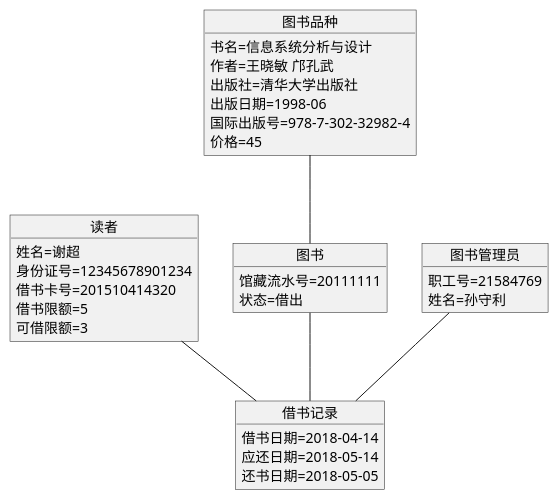
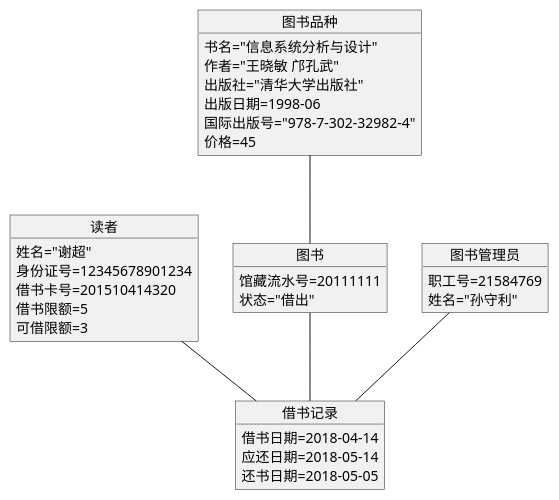
The diagram in test3/object1.puml (Neddy1995/is_analysis), drawn with PlantUML before and after one commit. The commit also changed 6 other files, not shown here.

```diff
--- a/test3/object1.puml
+++ b/test3/object1.puml
@@ -1,34 +1,34 @@
 @startuml
 object 读者 {
-    姓名=谢超
+    姓名="谢超"
     身份证号=12345678901234
     借书卡号=201510414320
     借书限额=5
     可借限额=3
 }
 object 借书记录{
     借书日期=2018-04-14
     应还日期=2018-05-14
     还书日期=2018-05-05
 }
 object 图书{
     馆藏流水号=20111111
-    状态=借出
+    状态="借出"
 }
 object 图书品种{
-    书名=信息系统分析与设计
-    作者=王晓敏 邝孔武
-    出版社=清华大学出版社
+    书名="信息系统分析与设计"
+    作者="王晓敏 邝孔武"
+    出版社="清华大学出版社"
     出版日期=1998-06
-    国际出版号=978-7-302-32982-4
+    国际出版号="978-7-302-32982-4"
     价格=45
 }
 object 图书管理员{
     职工号=21584769
-    姓名=孙守利
+    姓名="孙守利"
 }
 读者 -- 借书记录
 图书品种 -- 图书
 图书 -- 借书记录
 图书管理员 -- 借书记录
 @enduml
```
